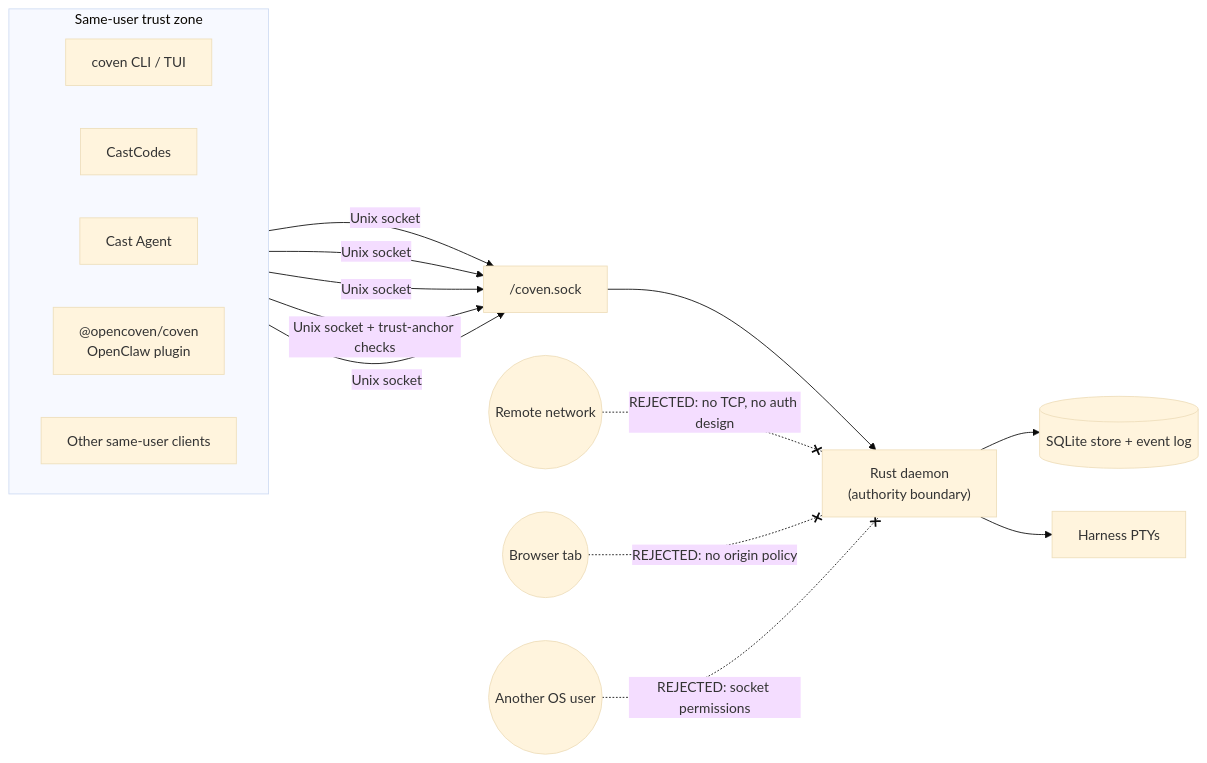
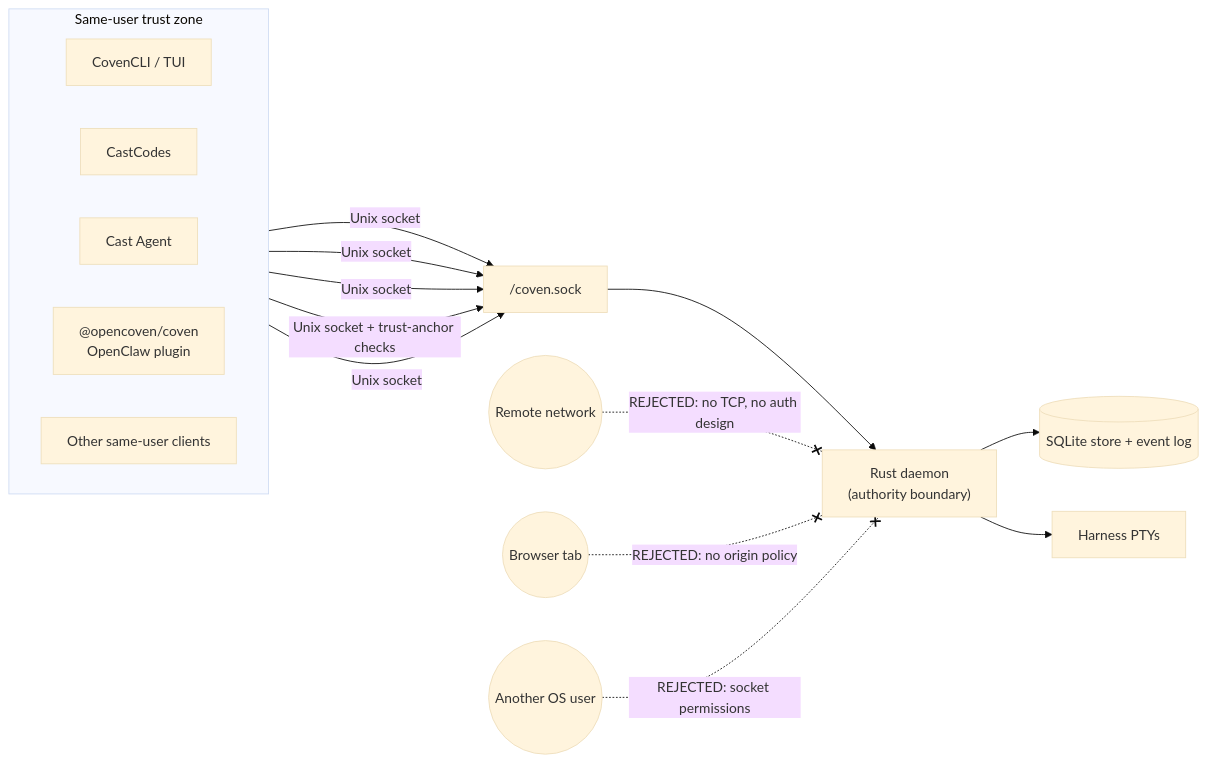
The diagram in content/docs/reference/auth.mdx (OpenCoven/coven-docs), drawn with Mermaid (base theme) before and after one commit. The commit also changed 12 other files, not shown here.

First line of the commit message:
docs: modernize tables, expand Glossolalia map, finish CovenCLI rebrand

````diff
--- a/content/docs/reference/auth.mdx
+++ b/content/docs/reference/auth.mdx
@@ -35,25 +35,25 @@
 ```mermaid
 flowchart LR
   subgraph User["Same-user trust zone"]
     direction LR
-    CLI[coven CLI / TUI]
+    CLI[CovenCLI / TUI]
     CastCodes[CastCodes]
     CastAgent[Cast Agent]
     Plugin["@opencoven/coven\nOpenClaw plugin"]
     Other[Other same-user clients]
   end
 
   CLI -->|Unix socket| Socket["<covenHome>/coven.sock"]
   CastCodes -->|Unix socket| Socket
   CastAgent -->|Unix socket| Socket
   Plugin -->|Unix socket + trust-anchor checks| Socket
   Other -->|Unix socket| Socket
 
   Socket --> Daemon["Rust daemon\n(authority boundary)"]
   Daemon --> Store[("SQLite store + event log")]
   Daemon --> PTY[Harness PTYs]
 
   Remote((Remote network)) -.-x|"REJECTED: no TCP, no auth design"| Daemon
   Browser((Browser tab)) -.-x|"REJECTED: no origin policy"| Daemon
   OtherUser((Another OS user)) -.-x|"REJECTED: socket permissions"| Daemon
 ```
````
